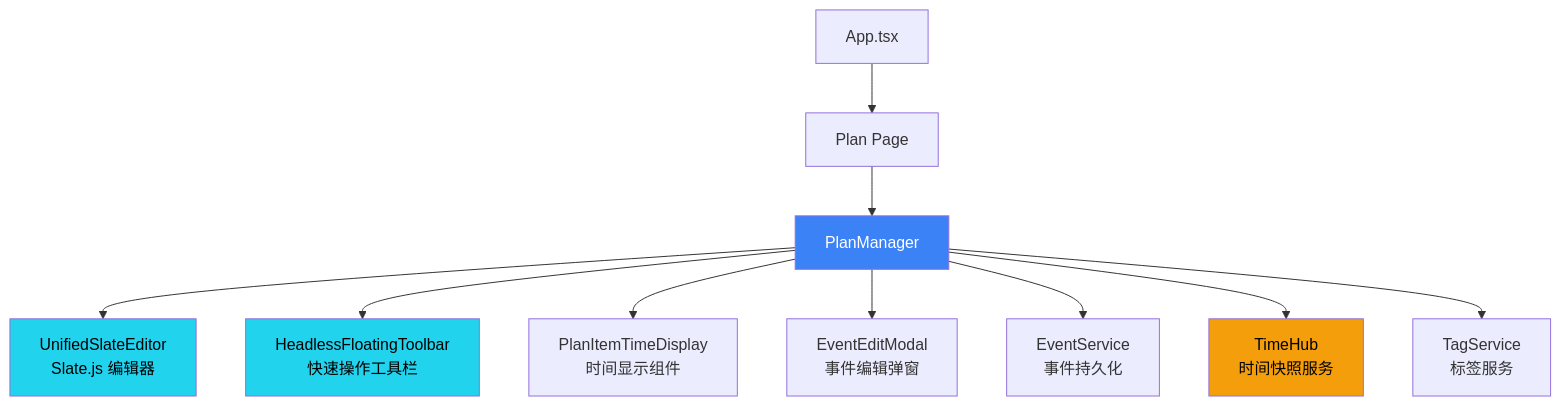
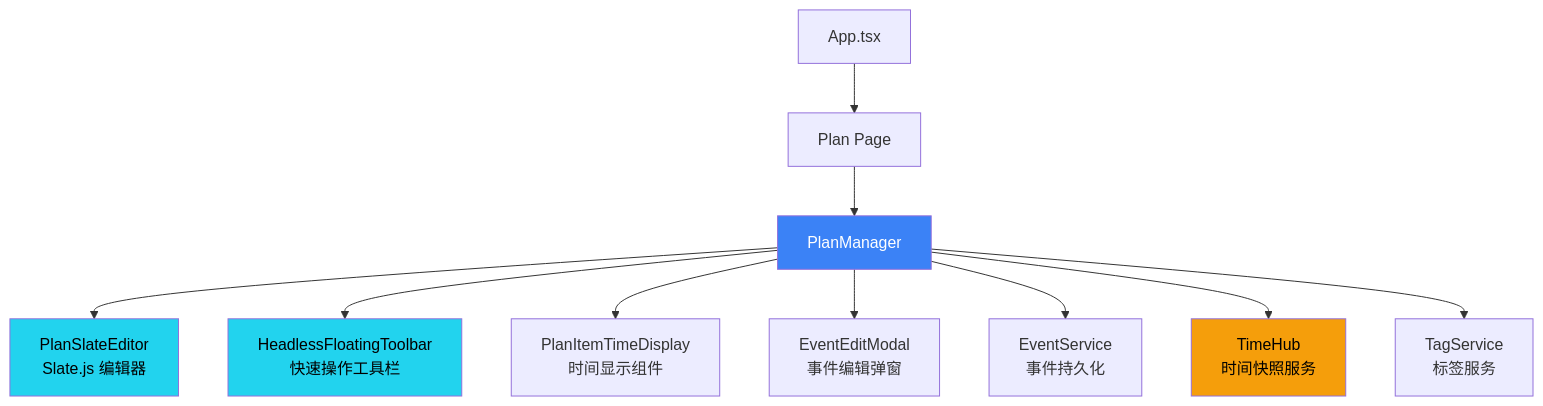
The second of 3 diagrams in docs/PRD/PLANMANAGER_MODULE_PRD.md (zoeysnowy/ReMarkable), drawn with Mermaid before and after one commit. The commit also changed other lines of this file and 30 other files, not shown here.

````diff
--- a/docs/PRD/PLANMANAGER_MODULE_PRD.md
+++ b/docs/PRD/PLANMANAGER_MODULE_PRD.md
@@ -1605,19 +1605,19 @@
 ```mermaid
 graph TB
     App[App.tsx] --> PlanPage[Plan Page]
     PlanPage --> PlanManager
     
-    PlanManager --> UnifiedSlateEditor[UnifiedSlateEditor<br/>Slate.js 编辑器]
+    PlanManager --> PlanSlateEditor[PlanSlateEditor<br/>Slate.js 编辑器]
     PlanManager --> FloatingToolbar[HeadlessFloatingToolbar<br/>快速操作工具栏]
     PlanManager --> TimeDisplay[PlanItemTimeDisplay<br/>时间显示组件]
     PlanManager --> EventEditModal[EventEditModal<br/>事件编辑弹窗]
     
     PlanManager --> EventService[EventService<br/>事件持久化]
     PlanManager --> TimeHub[TimeHub<br/>时间快照服务]
     PlanManager --> TagService[TagService<br/>标签服务]
     
     style PlanManager fill:#3b82f6,color:#fff
-    style UnifiedSlateEditor fill:#22d3ee,color:#000
+    style PlanSlateEditor fill:#22d3ee,color:#000
     style FloatingToolbar fill:#22d3ee,color:#000
     style TimeHub fill:#f59e0b,color:#000
 ```
````
